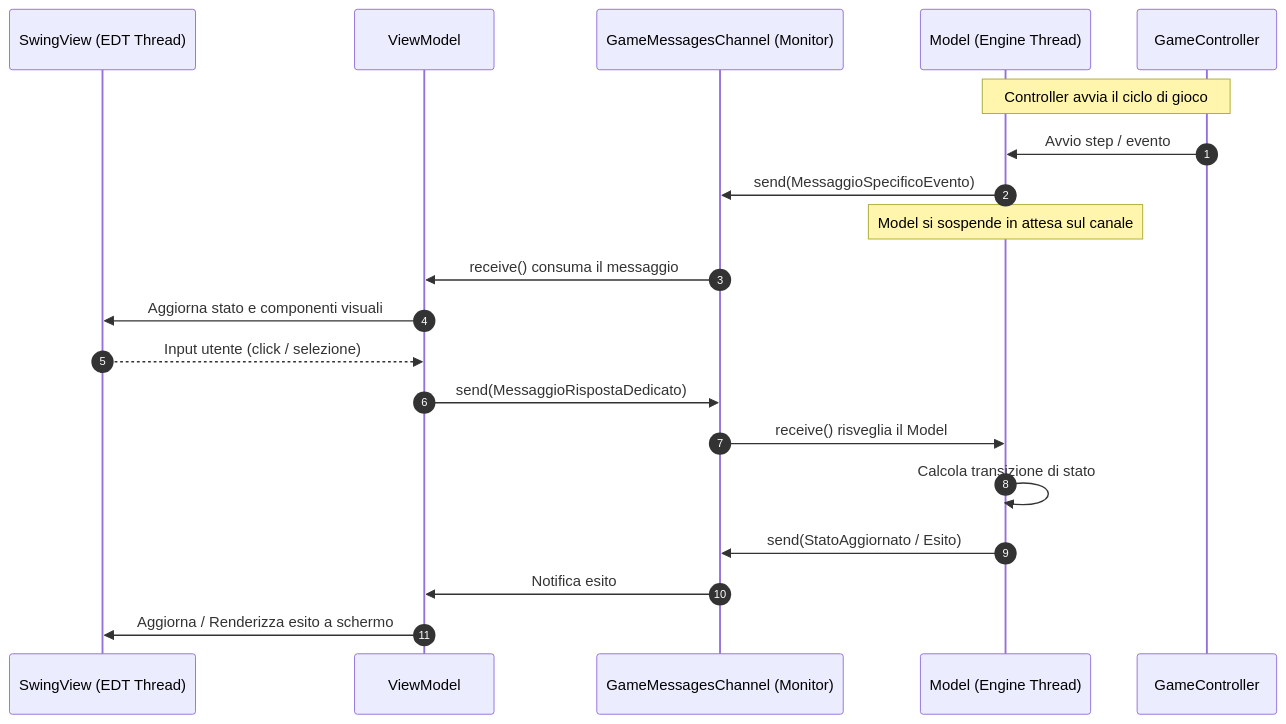
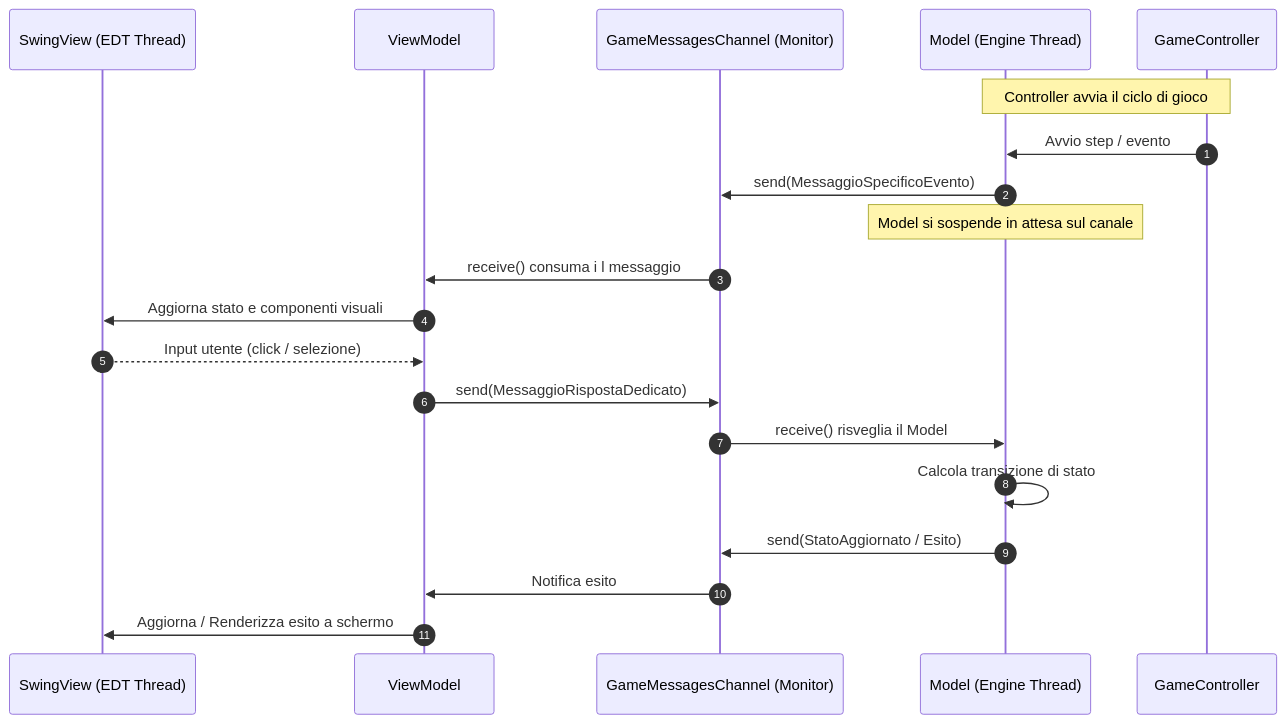
One commit to GiuseppeGambacorta/PPS-25-SCRYPTION changed the diagram in docs/Design Architetturale/index.md. Above: the diagram before and after it, drawn with Mermaid. The commit also changed other lines of this file, not shown here.

```diff
--- a/docs/Design Architetturale/index.md
+++ b/docs/Design Architetturale/index.md
@@ -68,23 +20,23 @@
 <pre class="mermaid">
 sequenceDiagram
     autonumber
     participant UI as SwingView (EDT Thread)
     participant VM as ViewModel
     participant CH as GameMessagesChannel (Monitor)
     participant M as Model (Engine Thread)
     participant C as GameController
 
     Note over C,M: Controller avvia il ciclo di gioco
     C->>M: Avvio step / evento
     M->>CH: send(MessaggioSpecificoEvento)
     Note over M: Model si sospende in attesa sul canale
-    CH->>VM: receive() consuma il messaggio
+    CH->>VM: receive() consuma i l messaggio
     VM->>UI: Aggiorna stato e componenti visuali
     UI-->>VM: Input utente (click / selezione)
     VM->>CH: send(MessaggioRispostaDedicato)
     CH->>M: receive() risveglia il Model
     M->>M: Calcola transizione di stato
     M->>CH: send(StatoAggiornato / Esito)
     CH->>VM: Notifica esito
     VM->>UI: Aggiorna / Renderizza esito a schermo
 </pre>
```
